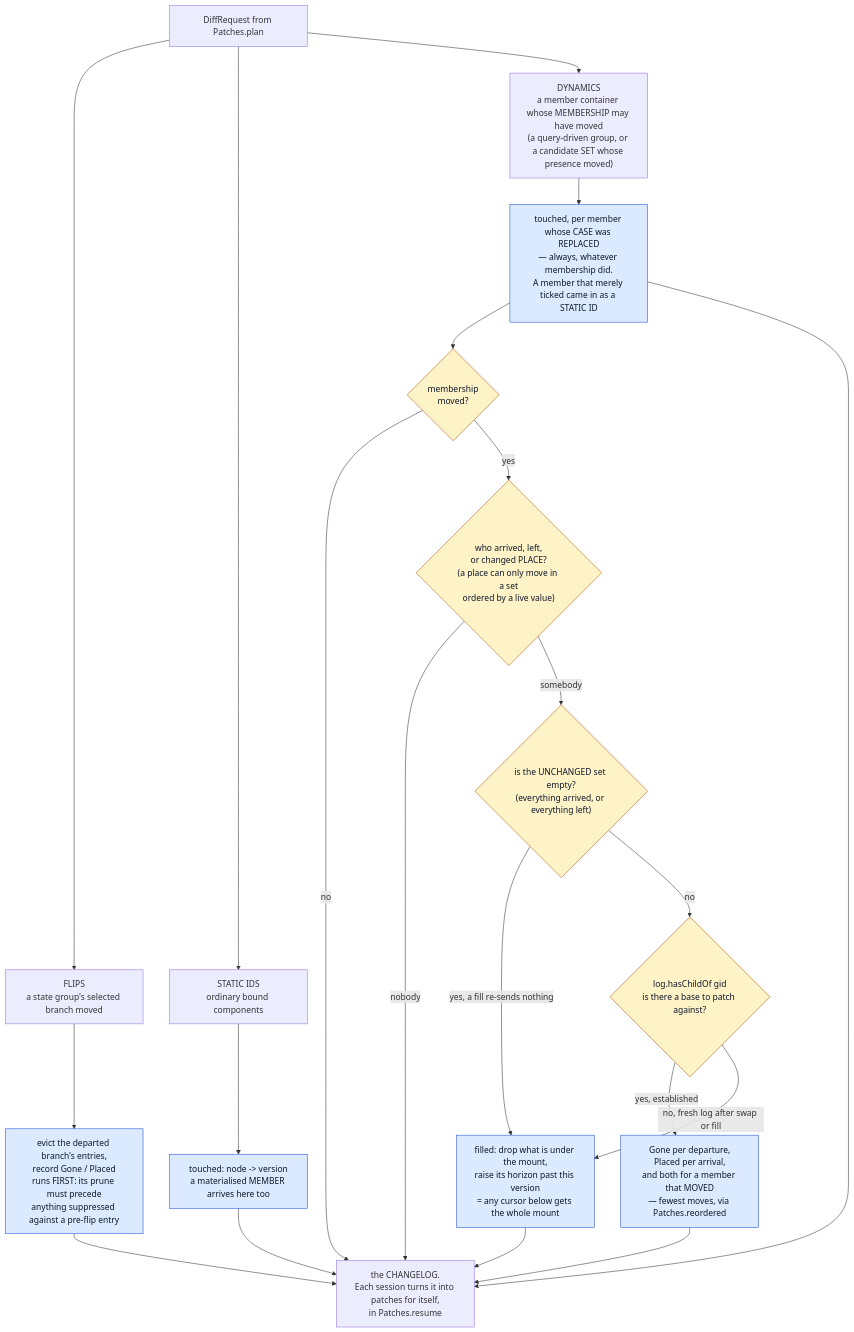
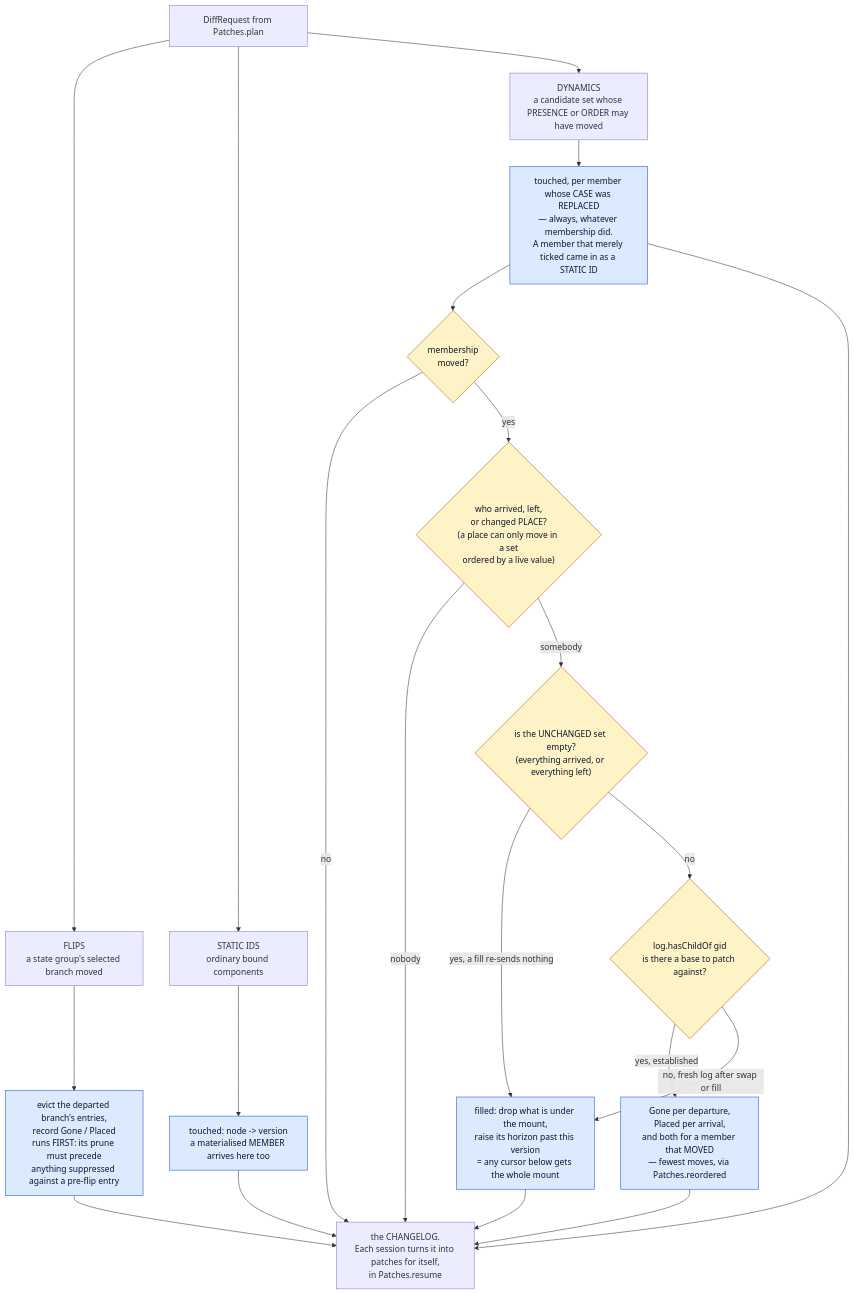
One commit to perok/functional-home-assistant changed the second of 3 diagrams in docs/architecture-rendering-pipeline.md. Above: the diagram before and after it, drawn with Mermaid. The commit also changed other lines of this file and 31 other files, not shown here.

````diff
--- a/docs/architecture-rendering-pipeline.md
+++ b/docs/architecture-rendering-pipeline.md
@@ -306,34 +306,34 @@
 ```mermaid
 flowchart TB
   REQ["DiffRequest from Patches.plan"]
 
   REQ --> FLIP["FLIPS<br/>a state group's selected branch moved"]
   REQ --> STAT["STATIC IDS<br/>ordinary bound components"]
-  REQ --> DYN["DYNAMICS<br/>a member container whose MEMBERSHIP may have moved<br/>(a query-driven group, or a candidate SET whose presence moved)"]
+  REQ --> DYN["DYNAMICS<br/>a candidate set whose PRESENCE or ORDER may have moved"]
 
   FLIP --> FLIPW["evict the departed branch's entries,<br/>record Gone / Placed<br/>runs FIRST: its prune must precede<br/>anything suppressed against a pre-flip entry"]
 
   STAT --> STATW["touched: node -&gt; version<br/>a materialised MEMBER arrives here too"]
 
   DYN --> REPL["touched, per member whose CASE was REPLACED<br/>— always, whatever membership did.<br/>A member that merely ticked came in as a STATIC ID"]
   REPL --> SAME{"membership<br/>moved?"}
   SAME -->|no| OUT
   SAME -->|yes| SET{"who arrived, left,<br/>or changed PLACE?<br/>(a place can only move in a set<br/>ordered by a live value)"}
   SET -->|nobody| OUT
   SET -->|somebody| CHURN{"is the UNCHANGED set empty?<br/>(everything arrived, or everything left)"}
   CHURN -->|yes, a fill re-sends nothing| FILL["filled: drop what is under the mount,<br/>raise its horizon past this version<br/>= any cursor below gets the whole mount"]
   CHURN -->|no| EST{"log.hasChildOf gid<br/>is there a base to patch against?"}
   EST -->|yes, established| DELTA["Gone per departure,<br/>Placed per arrival,<br/>and both for a member that MOVED<br/>— fewest moves, via Patches.reordered"]
   EST -->|no, fresh log after swap or fill| FILL
 
   FLIPW --> OUT["the CHANGELOG.<br/>Each session turns it into patches for itself,<br/>in Patches.resume"]
   STATW --> OUT
   REPL --> OUT
   FILL --> OUT
   DELTA --> OUT
 
   classDef write fill:#dbeafe,stroke:#1d4ed8,color:#0f172a
   classDef q fill:#fef3c7,stroke:#b45309,color:#0f172a
   class FLIPW,STATW,REPL,FILL,DELTA write
   class SAME,SET,CHURN,EST q
 ```
````
